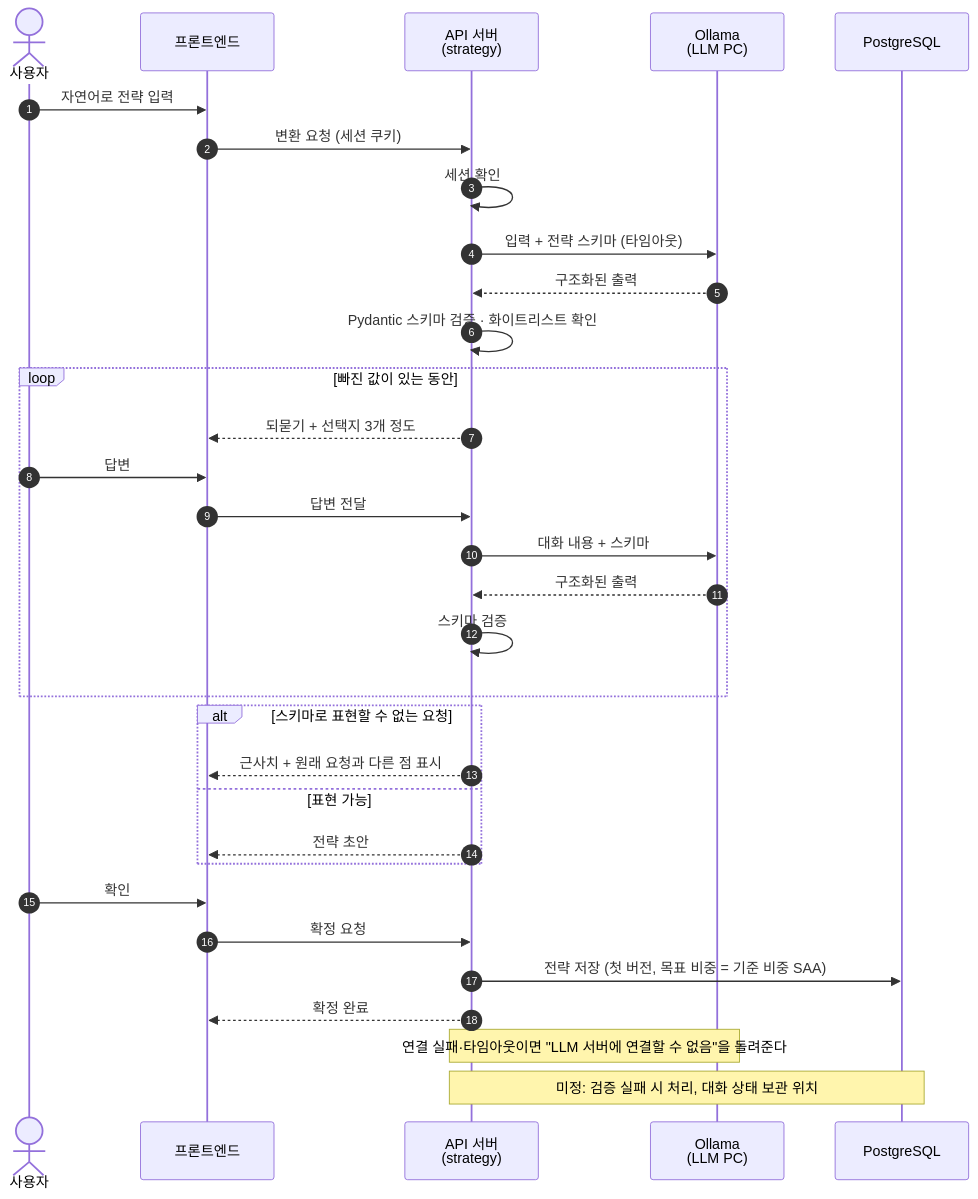
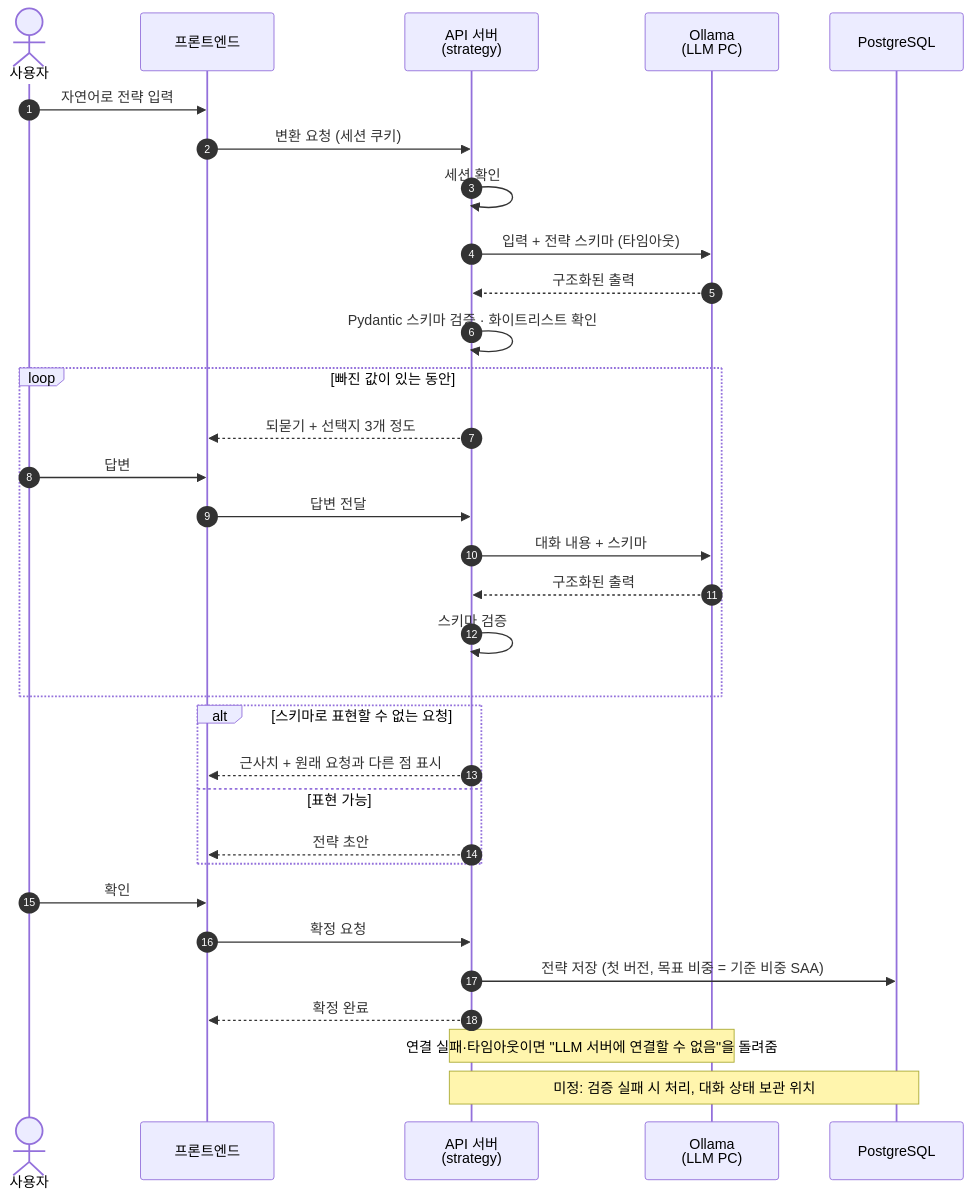
One commit to tukorea-capston-project/etf-rebalancing changed the second of 3 diagrams in docs/architecture.md. Above: the diagram before and after it, drawn with Mermaid. The commit also changed other lines of this file and 10 other files, not shown here.

````diff
--- a/docs/architecture.md
+++ b/docs/architecture.md
@@ -147,39 +147,39 @@
 ```mermaid
 sequenceDiagram
     autonumber
     actor U as 사용자
     participant FE as 프론트엔드
     participant API as API 서버<br/>(strategy)
     participant LLM as Ollama<br/>(LLM PC)
     participant DB as PostgreSQL
 
     U->>FE: 자연어로 전략 입력
     FE->>API: 변환 요청 (세션 쿠키)
     API->>API: 세션 확인
     API->>LLM: 입력 + 전략 스키마 (타임아웃)
     LLM-->>API: 구조화된 출력
     API->>API: Pydantic 스키마 검증 · 화이트리스트 확인
 
     loop 빠진 값이 있는 동안
         API-->>FE: 되묻기 + 선택지 3개 정도
         U->>FE: 답변
         FE->>API: 답변 전달
         API->>LLM: 대화 내용 + 스키마
         LLM-->>API: 구조화된 출력
         API->>API: 스키마 검증
     end
 
     alt 스키마로 표현할 수 없는 요청
         API-->>FE: 근사치 + 원래 요청과 다른 점 표시
     else 표현 가능
         API-->>FE: 전략 초안
     end
 
     U->>FE: 확인
     FE->>API: 확정 요청
     API->>DB: 전략 저장 (첫 버전, 목표 비중 = 기준 비중 SAA)
     API-->>FE: 확정 완료
 
-    Note over API,LLM: 연결 실패·타임아웃이면 "LLM 서버에 연결할 수 없음"을 돌려준다
+    Note over API,LLM: 연결 실패·타임아웃이면 "LLM 서버에 연결할 수 없음"을 돌려줌
     Note over API,DB: 미정: 검증 실패 시 처리, 대화 상태 보관 위치
 ```
````
